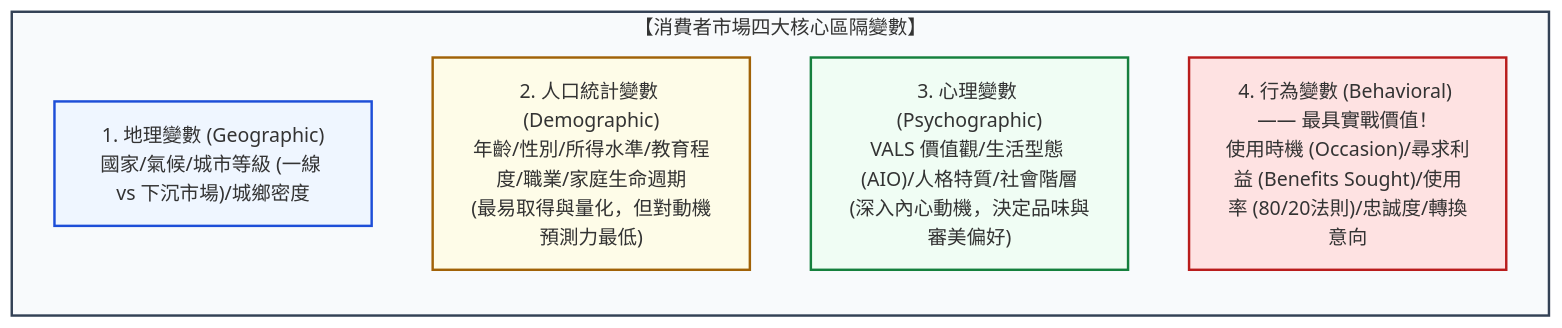
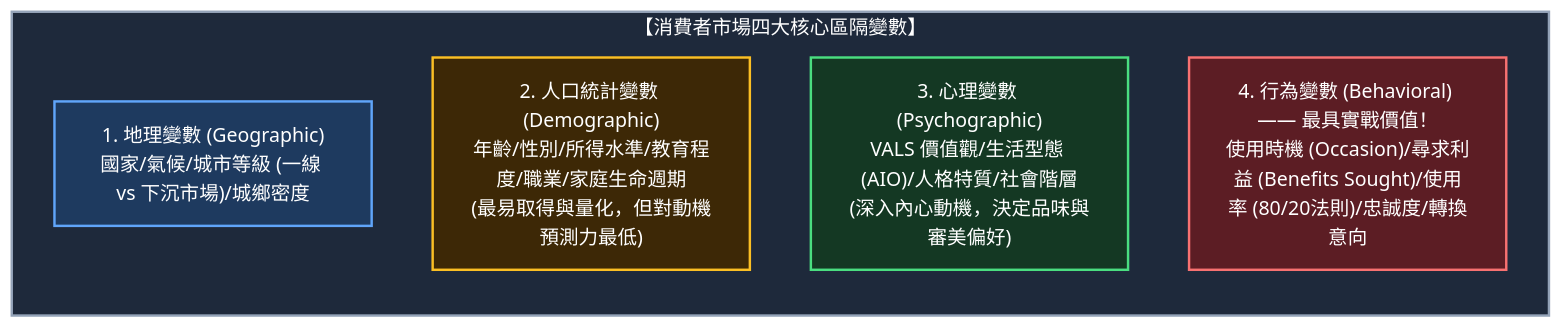
Before and after one commit to Jimlin0428/my-digital-garden: the diagram in src/site/notes/98_商業概念庫/market-segmentation_市場區隔.md, drawn with Mermaid. The commit also changed 58 other files, not shown here.

````diff
--- a/src/site/notes/98_商業概念庫/market-segmentation_市場區隔.md
+++ b/src/site/notes/98_商業概念庫/market-segmentation_市場區隔.md
@@ -57,16 +57,16 @@
 ```mermaid
 flowchart TD
     subgraph Bases ["【消費者市場四大核心區隔變數】"]
         direction TB
         B1["1. 地理變數 (Geographic)<br/>國家/氣候/城市等級 (一線 vs 下沉市場)/城鄉密度"]
         B2["2. 人口統計變數 (Demographic)<br/>年齡/性別/所得水準/教育程度/職業/家庭生命週期<br/>(最易取得與量化，但對動機預測力最低)"]
         B3["3. 心理變數 (Psychographic)<br/>VALS 價值觀/生活型態 (AIO)/人格特質/社會階層<br/>(深入內心動機，決定品味與審美偏好)"]
         B4["4. 行為變數 (Behavioral) —— 最具實戰價值！<br/>使用時機 (Occasion)/尋求利益 (Benefits Sought)/使用率 (80/20法則)/忠誠度/轉換意向"]
     end
 
-    style Bases fill:#f8fafc,stroke:#334155,stroke-width:2px
-    style B1 fill:#eff6ff,stroke:#1d4ed8,stroke-width:2px
-    style B2 fill:#fefce8,stroke:#a16207,stroke-width:2px
-    style B3 fill:#f0fdf4,stroke:#15803d,stroke-width:2px
-    style B4 fill:#fee2e2,stroke:#b91c1c,stroke-width:2px
+    style Bases fill:#1e293b,stroke:#94a3b8,stroke-width:2px,color:#ffffff
+    style B1 fill:#1e3a5f,stroke:#60a5fa,stroke-width:2px,color:#ffffff
+    style B2 fill:#3d2806,stroke:#fbbf24,stroke-width:2px,color:#ffffff
+    style B3 fill:#143823,stroke:#4ade80,stroke-width:2px,color:#ffffff
+    style B4 fill:#5c1d24,stroke:#f87171,stroke-width:2px,color:#ffffff
 ```
````
